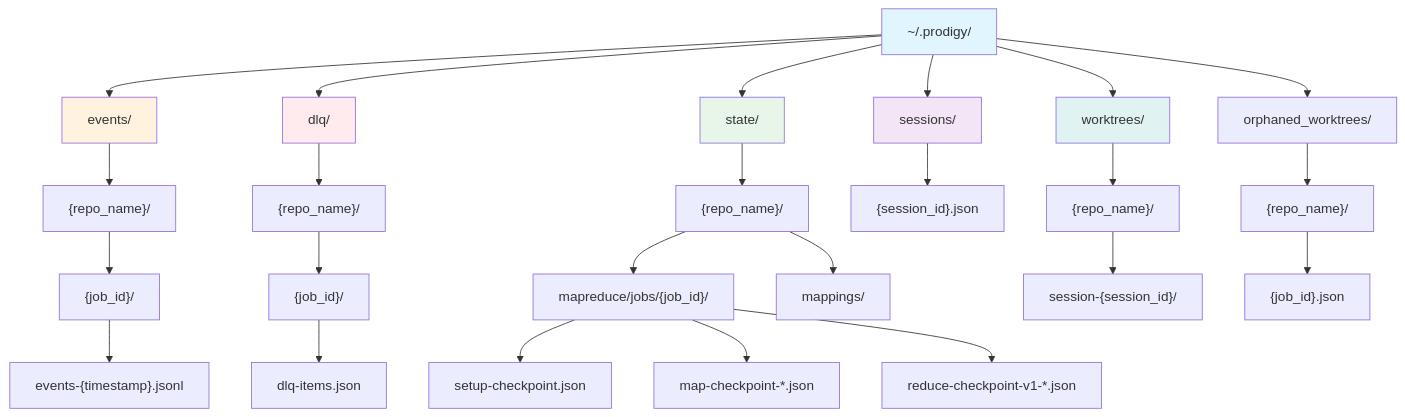
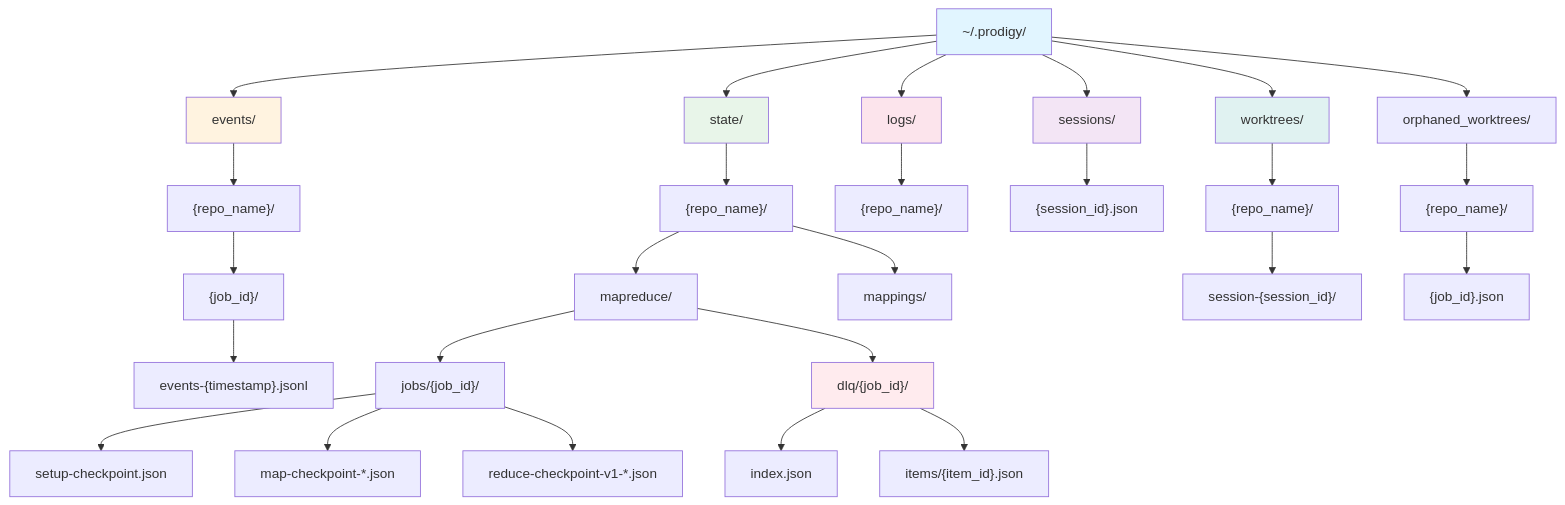
Before and after one commit to iepathos/prodigy: the first of 2 diagrams in docs/advanced/storage.md, drawn with Mermaid. The commit also changed other lines of this file, not shown here.

````diff
--- a/docs/advanced/storage.md
+++ b/docs/advanced/storage.md
@@ -16,39 +16,42 @@
 ```mermaid
 graph TD
     Root["~/.prodigy/"] --> Events["events/"]
-    Root --> DLQ["dlq/"]
     Root --> State["state/"]
     Root --> Sessions["sessions/"]
+    Root --> Logs["logs/"]
     Root --> Worktrees["worktrees/"]
     Root --> Orphaned["orphaned_worktrees/"]
 
     Events --> ERepo["{repo_name}/"]
     ERepo --> EJob["{job_id}/"]
     EJob --> EFiles["events-{timestamp}.jsonl"]
 
-    DLQ --> DRepo["{repo_name}/"]
-    DRepo --> DJob["{job_id}/"]
-    DJob --> DFiles["dlq-items.json"]
+    State --> SRepo["{repo_name}/"]
+    SRepo --> MapReduce["mapreduce/"]
+    MapReduce --> Jobs["jobs/{job_id}/"]
+    MapReduce --> DLQ["dlq/{job_id}/"]
+    SRepo --> Mappings["mappings/"]
+    Jobs --> Setup["setup-checkpoint.json"]
+    Jobs --> Map["map-checkpoint-*.json"]
+    Jobs --> Reduce["reduce-checkpoint-v1-*.json"]
+    DLQ --> DLQIndex["index.json"]
+    DLQ --> DLQItems["items/{item_id}.json"]
 
-    State --> SRepo["{repo_name}/"]
-    SRepo --> MapReduce["mapreduce/jobs/{job_id}/"]
-    SRepo --> Mappings["mappings/"]
-    MapReduce --> Setup["setup-checkpoint.json"]
-    MapReduce --> Map["map-checkpoint-*.json"]
-    MapReduce --> Reduce["reduce-checkpoint-v1-*.json"]
+    Logs --> LRepo["{repo_name}/"]
 
     Sessions --> SessionFiles["{session_id}.json"]
 
     Worktrees --> WRepo["{repo_name}/"]
     WRepo --> WSession["session-{session_id}/"]
 
     Orphaned --> ORepo["{repo_name}/"]
     ORepo --> OJob["{job_id}.json"]
 
     style Root fill:#e1f5ff
     style Events fill:#fff3e0
     style DLQ fill:#ffebee
     style State fill:#e8f5e9
     style Sessions fill:#f3e5f5
     style Worktrees fill:#e0f2f1
+    style Logs fill:#fce4ec
 ```
````
